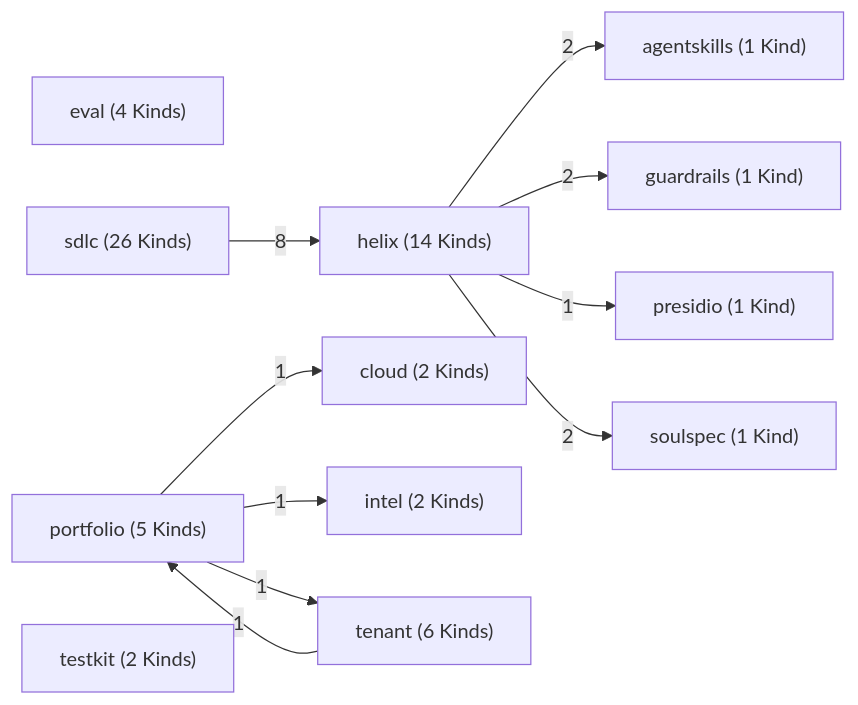
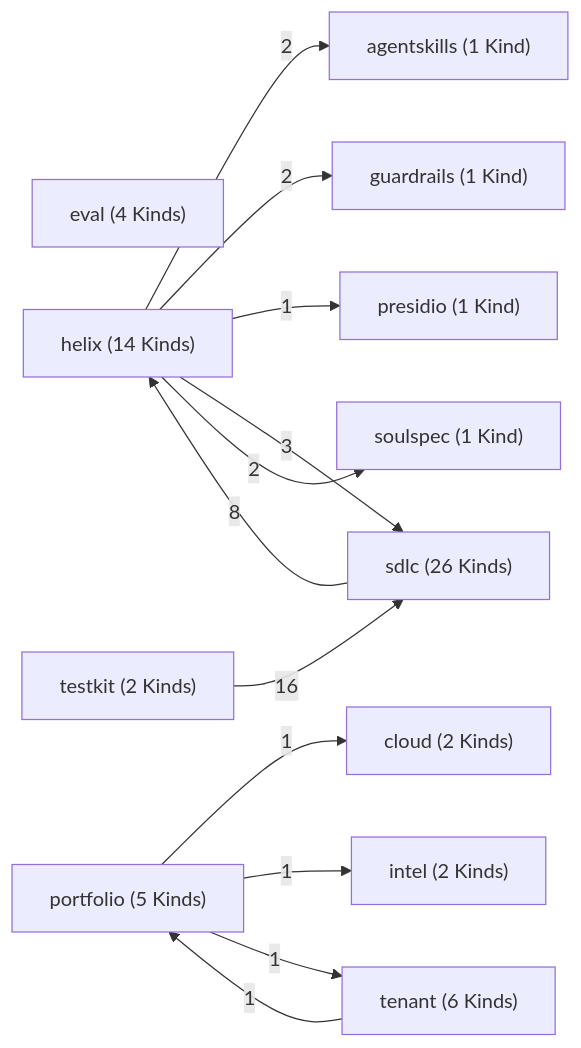
The first of 8 diagrams in docs/reference/data-model.md (ruinosus/dna), drawn with Mermaid before and after one commit. The commit also changed other lines of this file and 17 other files, not shown here.

````diff
--- a/docs/reference/data-model.md
+++ b/docs/reference/data-model.md
@@ -91,24 +91,26 @@
 ```mermaid
 flowchart LR
     agentskills["agentskills (1 Kind)"]
     cloud["cloud (2 Kinds)"]
     eval["eval (4 Kinds)"]
     guardrails["guardrails (1 Kind)"]
     helix["helix (14 Kinds)"]
     intel["intel (2 Kinds)"]
     portfolio["portfolio (5 Kinds)"]
     presidio["presidio (1 Kind)"]
     sdlc["sdlc (26 Kinds)"]
     soulspec["soulspec (1 Kind)"]
     tenant["tenant (6 Kinds)"]
     testkit["testkit (2 Kinds)"]
     helix -->|2| agentskills
     helix -->|2| guardrails
     helix -->|1| presidio
+    helix -->|3| sdlc
     helix -->|2| soulspec
     portfolio -->|1| cloud
     portfolio -->|1| intel
     portfolio -->|1| tenant
     sdlc -->|8| helix
     tenant -->|1| portfolio
+    testkit -->|16| sdlc
 ```
````
